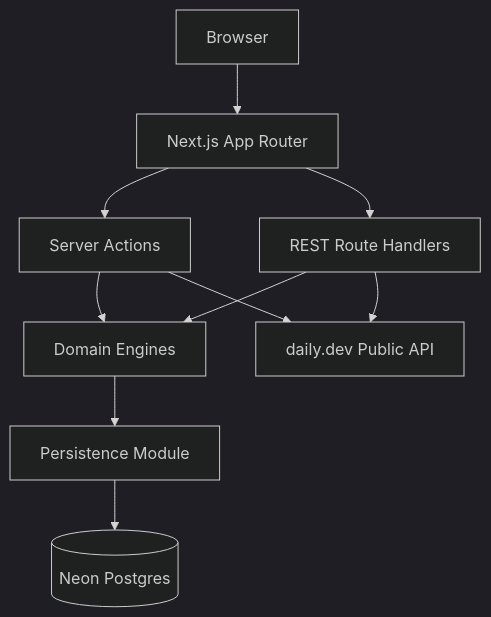
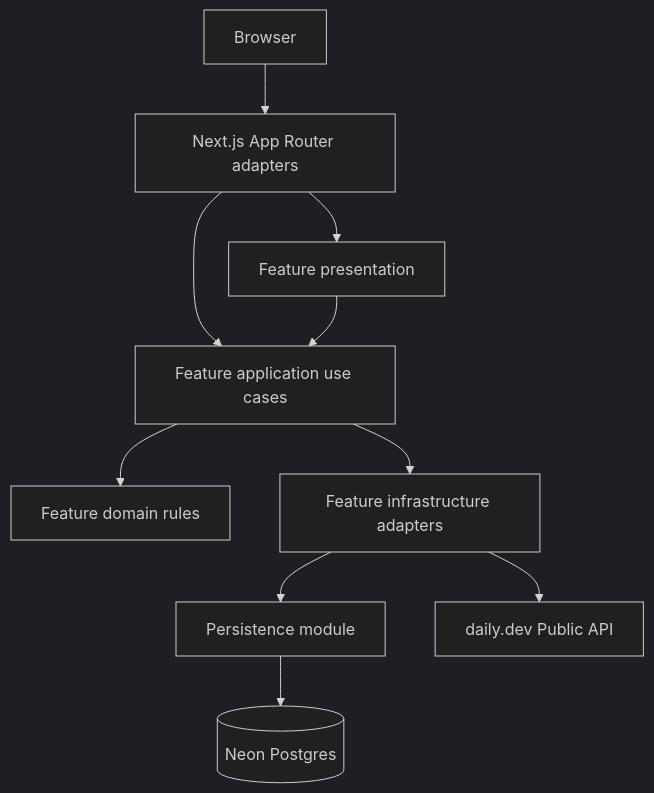
The first of 3 diagrams in docs/technical-specs/02-system-architecture.md (amaruki/devine), drawn with Mermaid (dark theme) before and after one commit. The commit also changed other lines of this file and 10 other files, not shown here.

Commit message:
docs(architecture): document vertical slice boundaries

````diff
--- a/docs/technical-specs/02-system-architecture.md
+++ b/docs/technical-specs/02-system-architecture.md
@@ -13,21 +13,22 @@
 ```mermaid
 graph TD
   Browser[Browser]
-  Next[Next.js App Router]
-  ServerActions[Server Actions]
-  RestRoutes[REST Route Handlers]
-  Domain[Domain Engines]
-  Persistence[Persistence Module]
+  App[Next.js App Router adapters]
+  Presentation[Feature presentation]
+  Application[Feature application use cases]
+  Domain[Feature domain rules]
+  Infrastructure[Feature infrastructure adapters]
+  Persistence[Persistence module]
   Neon[(Neon Postgres)]
   DailyDev[daily.dev Public API]
 
-  Browser --> Next
-  Next --> ServerActions
-  Next --> RestRoutes
-  ServerActions --> Domain
-  RestRoutes --> Domain
-  Domain --> Persistence
+  Browser --> App
+  App --> Presentation
+  App --> Application
+  Presentation --> Application
+  Application --> Domain
+  Application --> Infrastructure
+  Infrastructure --> Persistence
   Persistence --> Neon
-  RestRoutes --> DailyDev
-  ServerActions --> DailyDev
+  Infrastructure --> DailyDev
 ```
````
